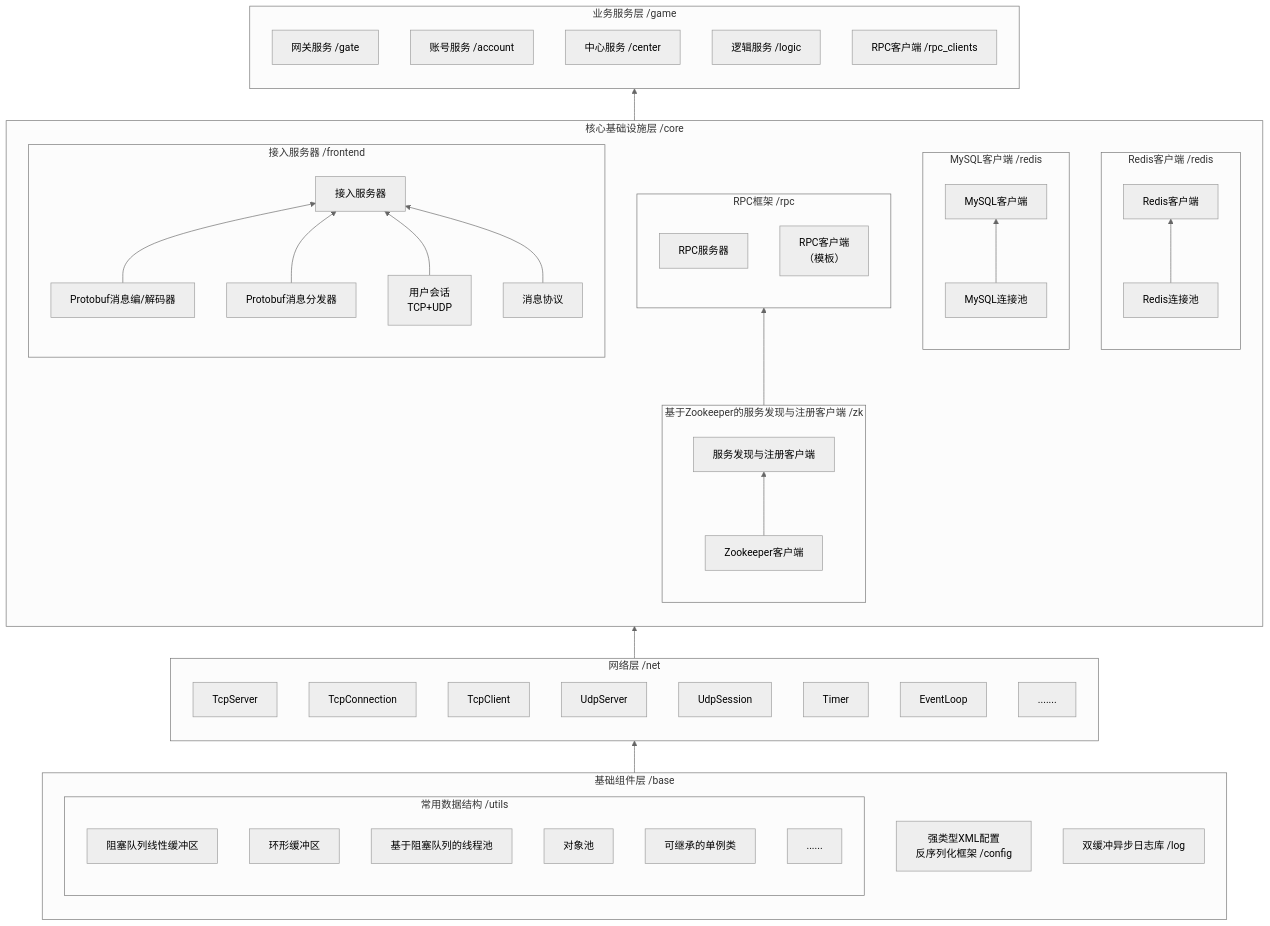
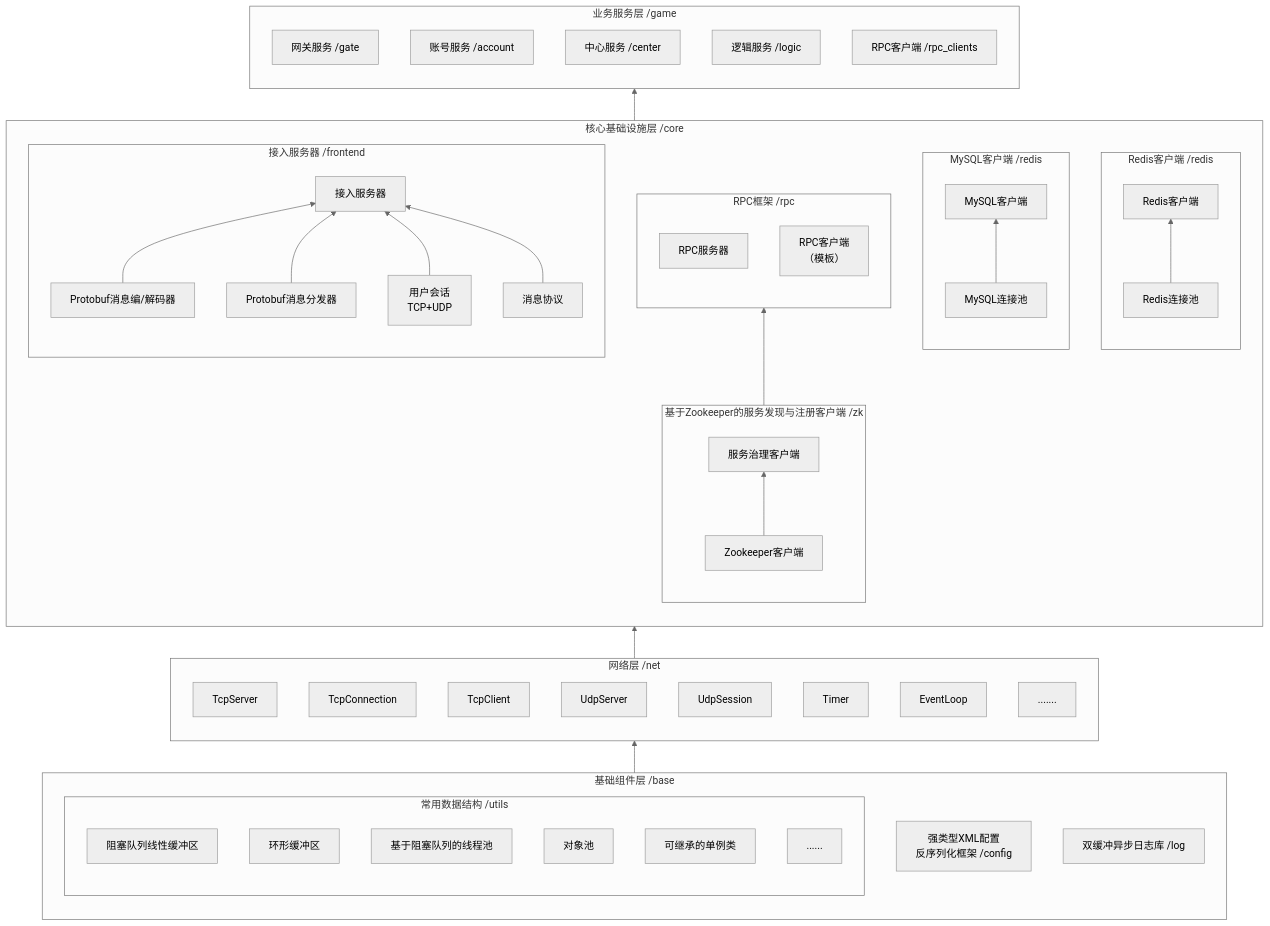
Before and after one commit to MYMarcoreus/GameServer: the diagram in ReadMe.md, drawn with Mermaid (neutral theme). The commit also changed other lines of this file and 38 other files, not shown here.

````diff
--- a/ReadMe.md
+++ b/ReadMe.md
@@ -34,80 +40,80 @@
 ```mermaid
 graph BT
     subgraph 业务服务层[业务服务层 /game]
         direction BT
         Gate[网关服务 /gate]
         Account[账号服务 /account]
         Center[中心服务 /center]
         Logic[逻辑服务 /logic]
         RpcClients[RPC客户端 /rpc_clients]
     end
 
     subgraph 核心设施层[核心基础设施层 /core]
         direction BT
         subgraph ZK[基于Zookeeper的服务发现与注册客户端 /zk]
             direction BT
-            ZkServiceClient[服务发现与注册客户端]
+            ZkServiceClient[服务治理客户端]
             ZkClient[Zookeeper客户端]    
             ZkClient --> ZkServiceClient
         end
         subgraph Redis[Redis客户端 /redis]
             direction BT
             RedisClient[Redis客户端]
             RedisPool[Redis连接池]
             RedisPool --> RedisClient
         end
         subgraph MySQL[MySQL客户端 /redis]
             direction BT
             MySQLClient[MySQL客户端]
             MySQLPool[MySQL连接池]
             MySQLPool --> MySQLClient
         end
         subgraph RPC框架[RPC框架 /rpc]
             RPC_Server[RPC服务器]
             RPC_Client[RPC客户端<br>（模板）]
         end
         subgraph Frontend[接入服务器 /frontend]
             direction BT
         	FrontendServer[接入服务器]
         	ProtobufCodec[Protobuf消息编/解码器]
         	ProtobufDispatcher[Protobuf消息分发器]
         	UserConnection[用户会话<br>TCP+UDP]
         	Protocol[消息协议]
         	ProtobufCodec --> FrontendServer
         	ProtobufDispatcher --> FrontendServer
         	UserConnection --> FrontendServer
         	Protocol --> FrontendServer
         end
     end 
 
     subgraph 网络层[网络层 /net]
         TcpServer
         TcpConnection
         TcpClient
         UdpServer
         UdpSession
         Timer
         EventLoop
         .......
     end
 
     subgraph 基础组件层[基础组件层 /base]
         direction BT
         subgraph Utils[常用数据结构 /utils]
             阻塞队列线性缓冲区
             环形缓冲区
             基于阻塞队列的线程池
             对象池
             可继承的单例类
             ......
         end
         Config[强类型XML配置<br>反序列化框架 /config]
         Log[双缓冲异步日志库 /log]
     end
 
     %% 依赖关系
     ZK --> RPC框架
     核心设施层 --> 业务服务层
     网络层 --> 核心设施层
     基础组件层 --> 网络层
 ```
````
